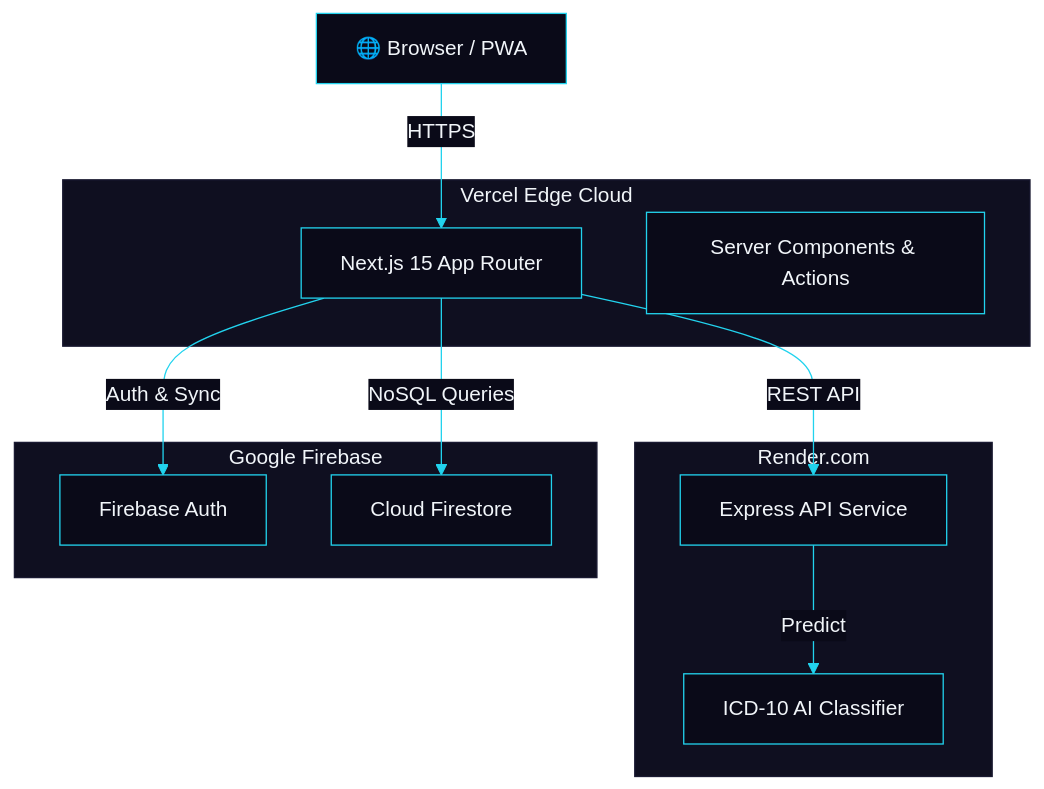
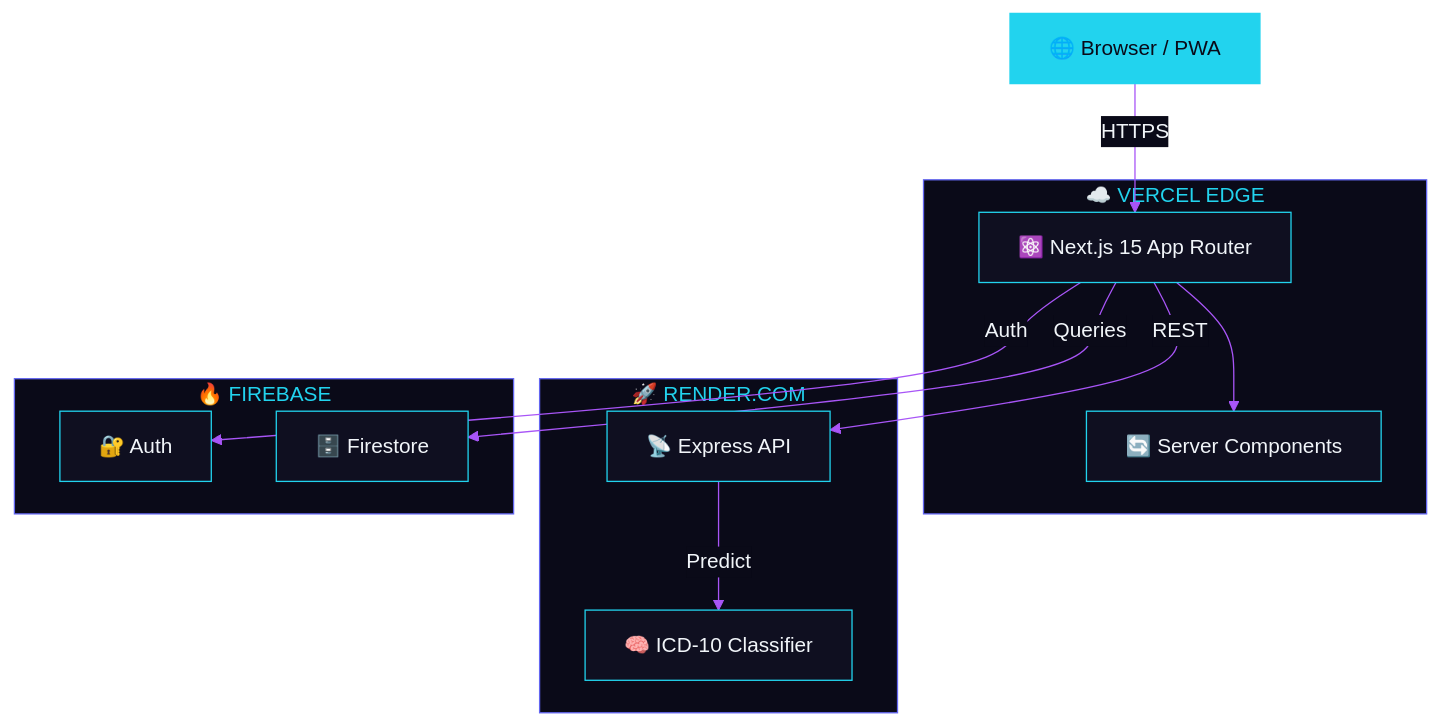
One commit to Shikhar-Kesharwani/nabha-telemedicine changed the first of 3 diagrams in README.md. Above: the diagram before and after it, drawn with Mermaid. The commit also changed other lines of this file, not shown here.

Commit message:
docs: Redesign README with animated banners, gradient dividers, visual feature grids, and dark-themed Mermaid diagrams

````diff
--- a/README.md
+++ b/README.md
@@ -151,26 +300,29 @@
 ```mermaid
-%%{init: {'theme':'base', 'themeVariables': {'primaryColor':'#6366f1', 'primaryTextColor':'#f1f5f9', 'primaryBorderColor':'#22d3ee', 'lineColor':'#22d3ee', 'secondaryColor':'#0a0a18', 'tertiaryColor':'#161628', 'background':'#05050f', 'mainBkg':'#0a0a18', 'nodeBorder':'#22d3ee', 'clusterBkg':'#0f0f20', 'clusterBorder':'#1a1a32', 'titleColor':'#f1f5f9'}}}%%
+%%{init: {'theme':'base', 'themeVariables': {'primaryColor':'#6366f1', 'primaryTextColor':'#f1f5f9', 'primaryBorderColor':'#22d3ee', 'lineColor':'#a855f7', 'secondaryColor':'#0a0a18', 'tertiaryColor':'#161628', 'background':'#05050f', 'mainBkg':'#0f0f20', 'nodeBorder':'#22d3ee', 'clusterBkg':'#0a0a18', 'clusterBorder':'#6366f1', 'titleColor':'#22d3ee', 'edgeLabelBackground':'#0a0a18'}}}%%
 graph TD
-    Client["🌐 Browser / PWA"]
+    Client["🌐 Browser / PWA"]:::client
 
-    subgraph Vercel ["Vercel Edge Cloud"]
-        FE["Next.js 15 App Router"]
-        SSR["Server Components & Actions"]
+    subgraph V ["☁️ VERCEL EDGE"]
+        FE["⚛️ Next.js 15 App Router"]
+        SSR["🔄 Server Components"]
     end
 
-    subgraph Render ["Render.com"]
-        BE["Express API Service"]
-        AI["ICD-10 AI Classifier"]
+    subgraph R ["🚀 RENDER.COM"]
+        BE["📡 Express API"]
+        AI["🧠 ICD-10 Classifier"]
     end
 
-    subgraph Firebase ["Google Firebase"]
-        AUTH["Firebase Auth"]
-        DB["Cloud Firestore"]
+    subgraph F ["🔥 FIREBASE"]
+        AUTH["🔐 Auth"]
+        DB["🗄️ Firestore"]
     end
 
     Client -->|HTTPS| FE
-    FE -->|REST API| BE
-    FE -->|Auth & Sync| AUTH
-    FE -->|NoSQL Queries| DB
+    FE -->|REST| BE
+    FE -->|Auth| AUTH
+    FE -->|Queries| DB
     BE -->|Predict| AI
+    FE --> SSR
+
+    classDef client fill:#22d3ee,stroke:#22d3ee,color:#0a0a18
 ```
````
